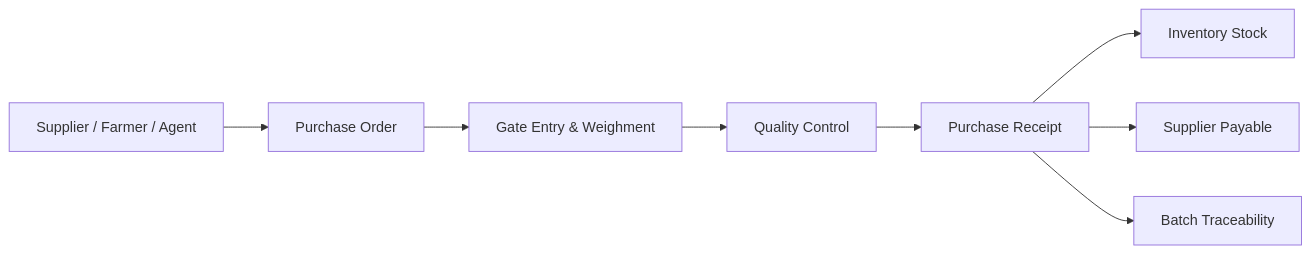
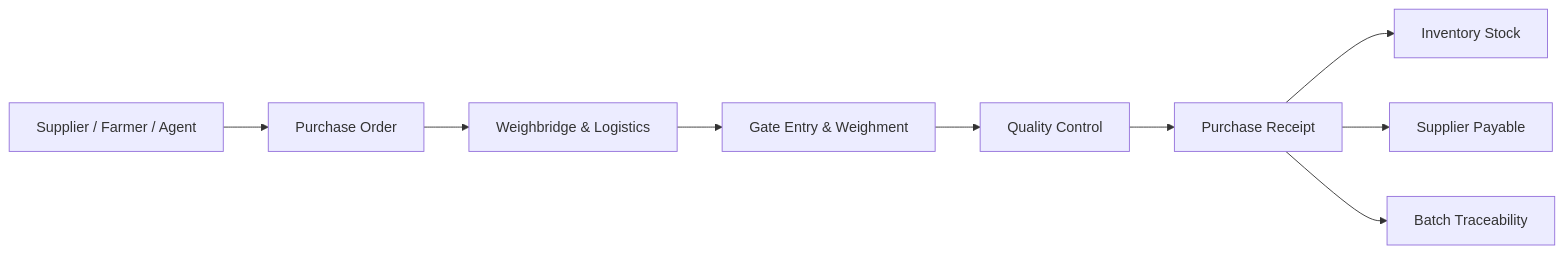
The diagram in modules/procurement/README.md (habibur-rahman-swe/rice-mill-erp), drawn with Mermaid before and after one commit. The commit also changed other lines of this file and 11 other files, not shown here.

````diff
--- a/modules/procurement/README.md
+++ b/modules/procurement/README.md
@@ -16,10 +17,11 @@
 ```mermaid
 flowchart LR
     SUP[Supplier / Farmer / Agent] --> PO[Purchase Order]
-    PO --> GATE[Gate Entry & Weighment]
+    PO --> LOG[Weighbridge & Logistics]
+    LOG --> GATE[Gate Entry & Weighment]
     GATE --> QC[Quality Control]
     QC --> REC[Purchase Receipt]
     REC --> INV[Inventory Stock]
     REC --> FIN[Supplier Payable]
     REC --> TRACE[Batch Traceability]
 ```
````
